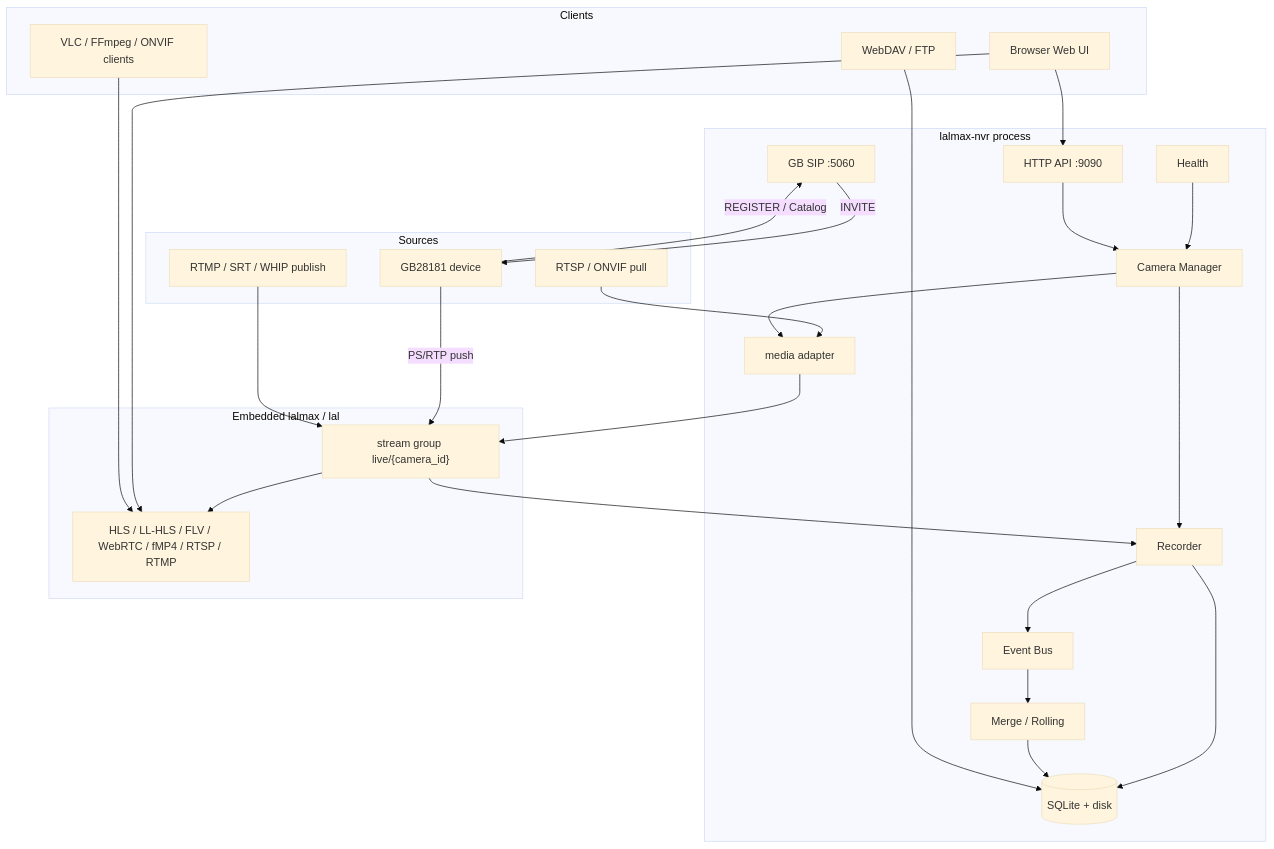
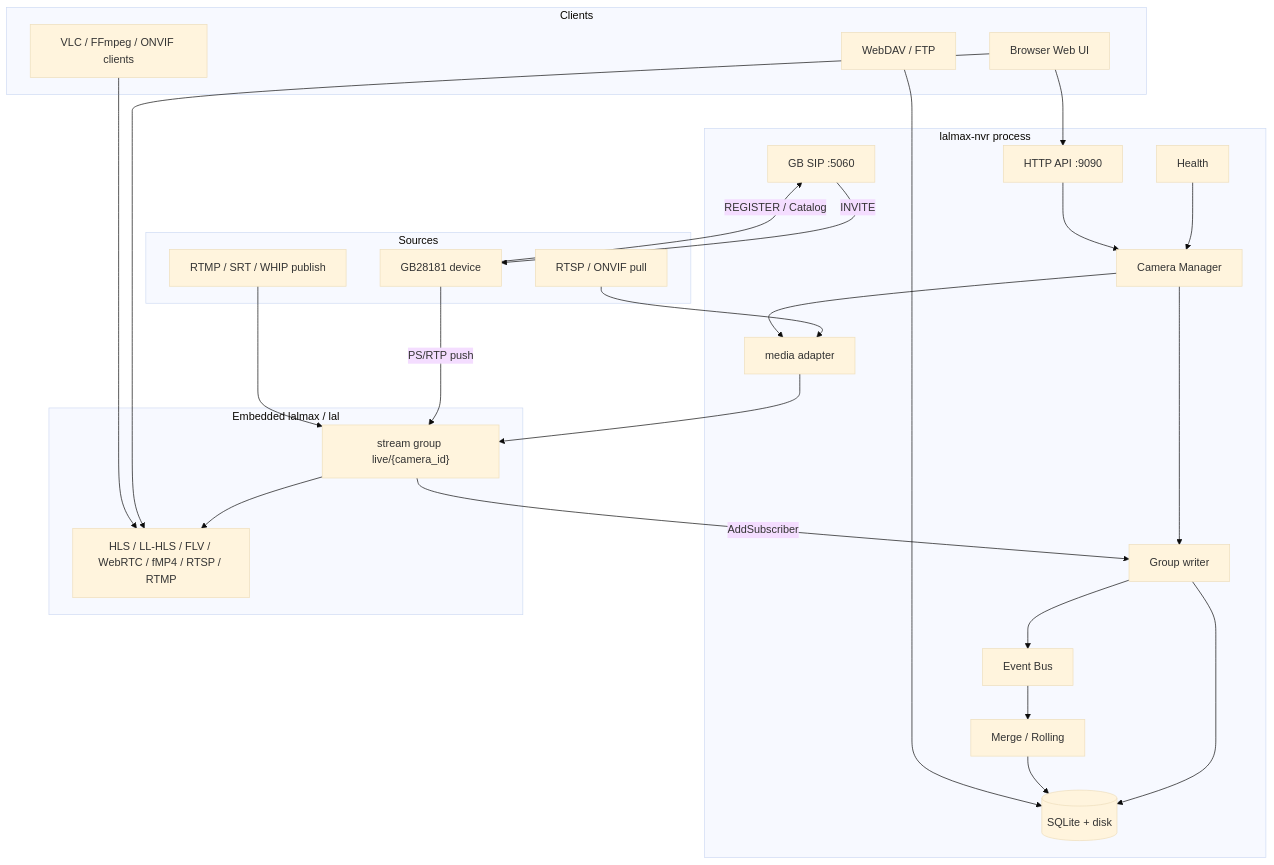
Before and after one commit to lalmax-pro/lalmax-nvr: the first of 7 diagrams in docs/en/architecture.md, drawn with Mermaid (base theme). The commit also changed other lines of this file and 3 other files, not shown here.

First line of the commit message:
docs: align README and architecture with the group writer

````diff
--- a/docs/en/architecture.md
+++ b/docs/en/architecture.md
@@ -9,52 +9,52 @@
 ```mermaid
 flowchart TB
   subgraph clients [Clients]
     Browser[Browser Web UI]
     Player[VLC / FFmpeg / ONVIF clients]
     Files[WebDAV / FTP]
   end
 
   subgraph nvr [lalmax-nvr process]
     API[HTTP API :9090]
     CamMgr[Camera Manager]
-    Rec[Recorder]
+    Rec[Group writer]
     Merge[Merge / Rolling]
     Health[Health]
     Bus[Event Bus]
     Store[(SQLite + disk)]
     SIP[GB SIP :5060]
     MediaAdp[media adapter]
   end
 
   subgraph engine [Embedded lalmax / lal]
     Group["stream group live/{camera_id}"]
     Out[HLS / LL-HLS / FLV / WebRTC / fMP4 / RTSP / RTMP]
   end
 
   subgraph sources [Sources]
     RTSP[RTSP / ONVIF pull]
     GB[GB28181 device]
     Push[RTMP / SRT / WHIP publish]
   end
 
   RTSP --> MediaAdp
   GB -->|REGISTER / Catalog| SIP
   SIP -->|INVITE| GB
   GB -->|PS/RTP push| Group
   Push --> Group
   MediaAdp --> Group
   Group --> Out
-  Group --> Rec
+  Group -->|AddSubscriber| Rec
   Rec --> Store
   Rec --> Bus
   Bus --> Merge
   Merge --> Store
   CamMgr --> MediaAdp
   CamMgr --> Rec
   Health --> CamMgr
   API --> CamMgr
   Browser --> API
   Browser --> Out
   Player --> Out
   Files --> Store
 ```
````
